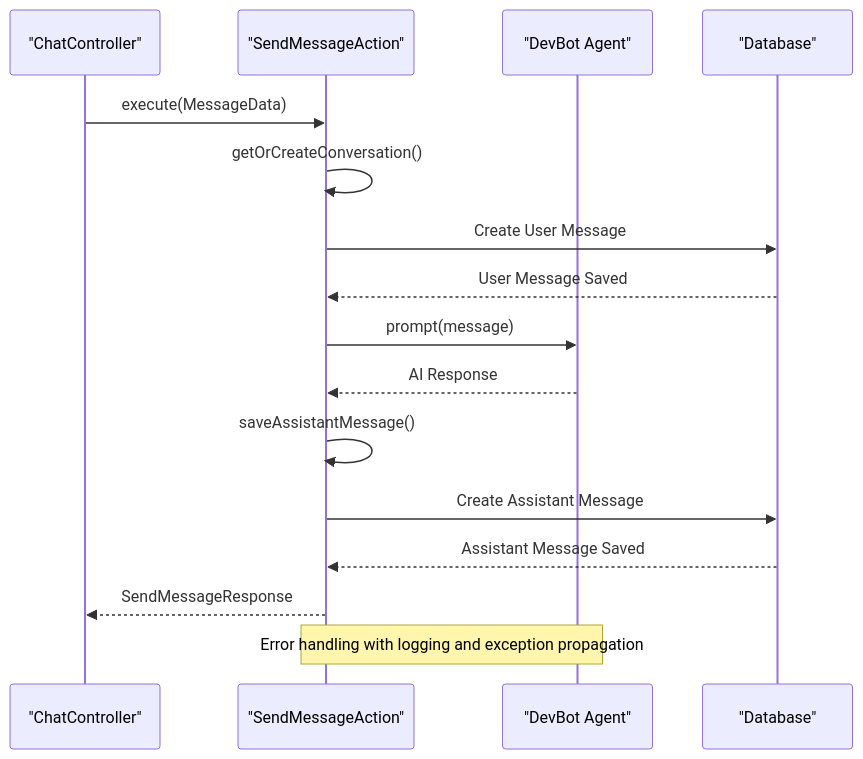
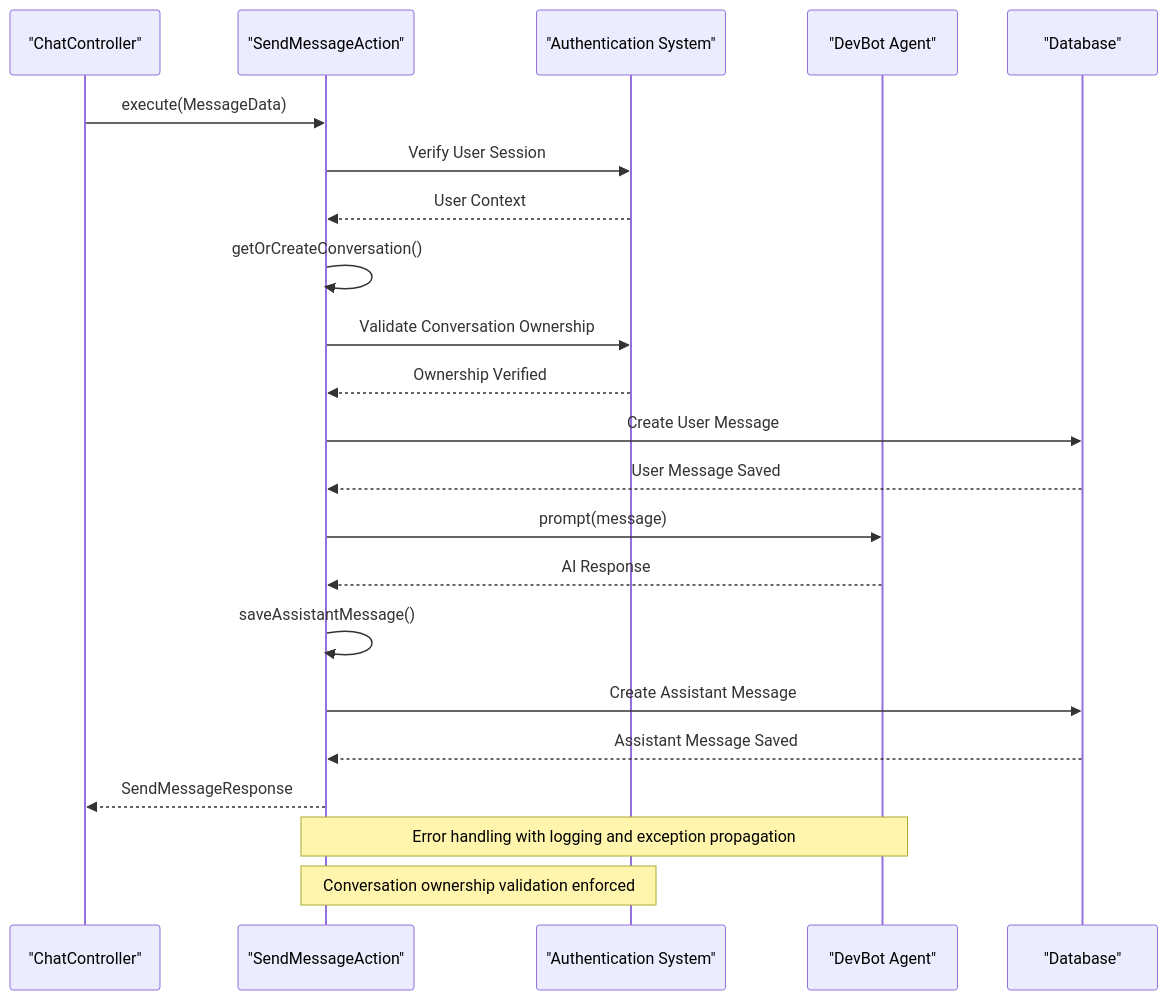
The fifth of 9 diagrams in .qoder/repowiki/en/content/Actions Layer Specification.md (siimliimand/laravel-assistant), drawn with Mermaid before and after one commit. The commit also changed other lines of this file and 5 other files, not shown here.

First line of the commit message:
feat(auth): integrate comprehensive user authentication and ownership validation

````diff
--- a/.qoder/repowiki/en/content/Actions Layer Specification.md
+++ b/.qoder/repowiki/en/content/Actions Layer Specification.md
@@ -269,18 +279,24 @@
 ```mermaid
 sequenceDiagram
 participant Controller as "ChatController"
 participant Action as "SendMessageAction"
+participant Auth as "Authentication System"
 participant DevBot as "DevBot Agent"
 participant Database as "Database"
 Controller->>Action : execute(MessageData)
+Action->>Auth : Verify User Session
+Auth-->>Action : User Context
 Action->>Action : getOrCreateConversation()
+Action->>Auth : Validate Conversation Ownership
+Auth-->>Action : Ownership Verified
 Action->>Database : Create User Message
 Database-->>Action : User Message Saved
 Action->>DevBot : prompt(message)
 DevBot-->>Action : AI Response
 Action->>Action : saveAssistantMessage()
 Action->>Database : Create Assistant Message
 Database-->>Action : Assistant Message Saved
 Action-->>Controller : SendMessageResponse
 Note over Action,DevBot : Error handling with logging and exception propagation
+Note over Action,Auth : Conversation ownership validation enforced
 ```
````
